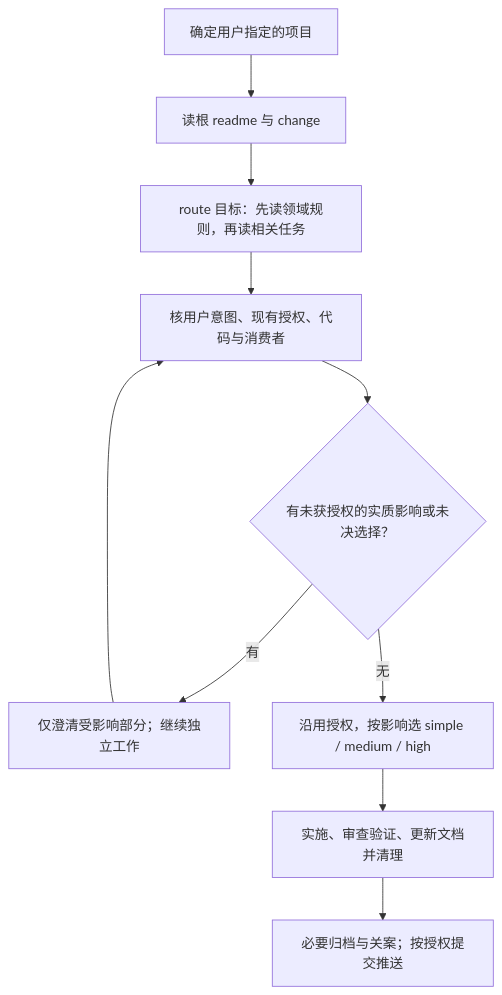
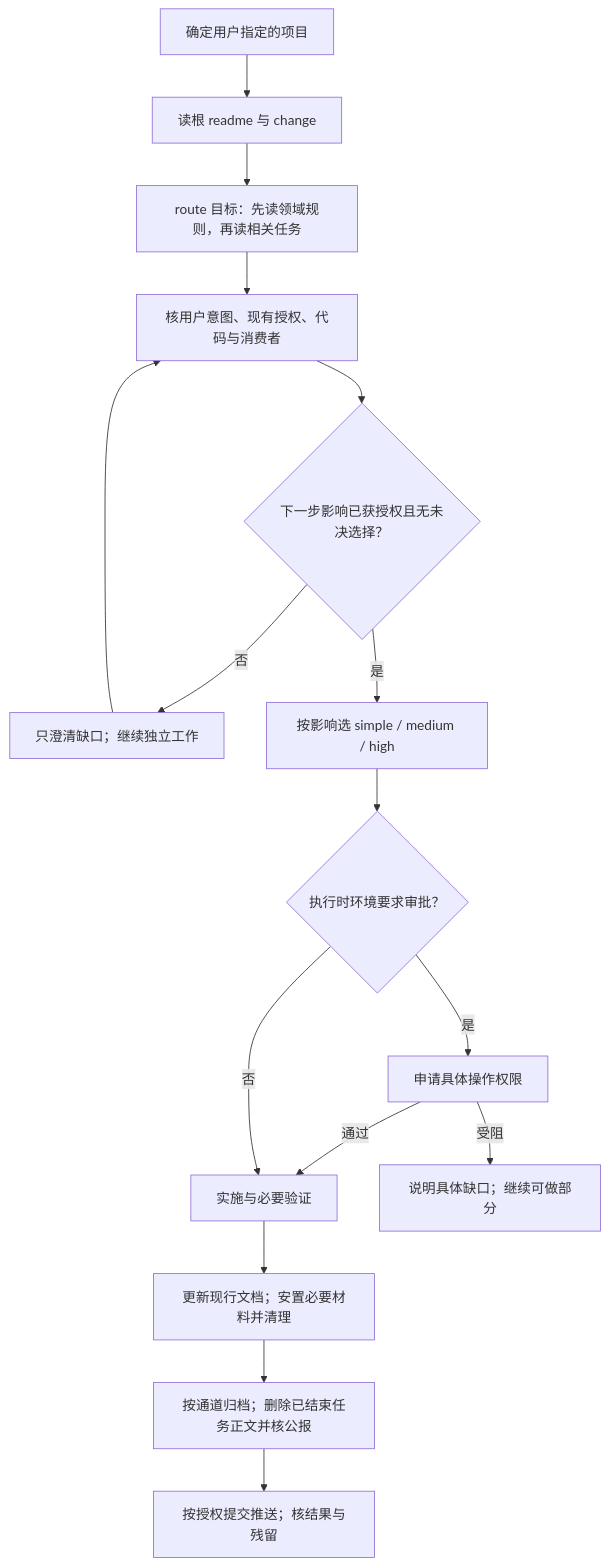
The diagram in SKILL.md (fuqiyue/recall), drawn with Mermaid before and after one commit. The commit also changed other lines of this file and 9 other files, not shown here.

````diff
--- a/SKILL.md
+++ b/SKILL.md
@@ -16,12 +16,18 @@
 ```mermaid
 flowchart TD
     A[确定用户指定的项目] --> B[读根 readme 与 change]
     B --> C[route 目标：先读领域规则，再读相关任务]
     C --> D[核用户意图、现有授权、代码与消费者]
-    D --> E{有未获授权的实质影响或未决选择？}
-    E -- 有 --> F[仅澄清受影响部分；继续独立工作]
+    D --> E{下一步影响已获授权且无未决选择？}
+    E -- 否 --> F[只澄清缺口；继续独立工作]
     F --> D
-    E -- 无 --> G[沿用授权，按影响选 simple / medium / high]
-    G --> H[实施、审查验证、更新文档并清理]
-    H --> I[必要归档与关案；按授权提交推送]
+    E -- 是 --> G[按影响选 simple / medium / high]
+    G --> P{执行时环境要求审批？}
+    P -- 是 --> Q[申请具体操作权限]
+    Q -- 通过 --> H[实施与必要验证]
+    Q -- 受阻 --> R[说明具体缺口；继续可做部分]
+    P -- 否 --> H
+    H --> I[更新现行文档；安置必要材料并清理]
+    I --> J[按通道归档；删除已结束任务正文并核公报]
+    J --> K[按授权提交推送；核结果与残留]
 ```
````
